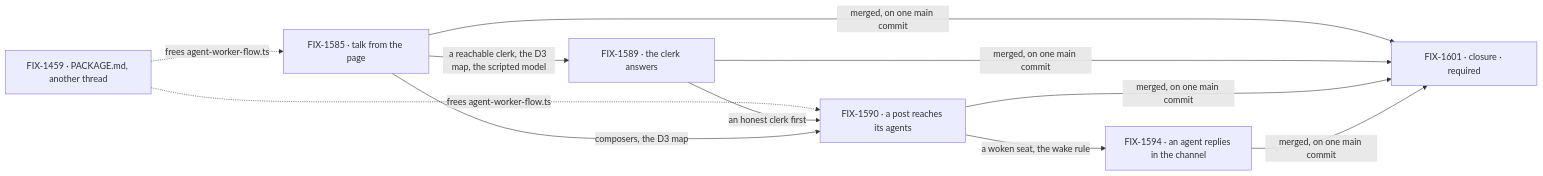
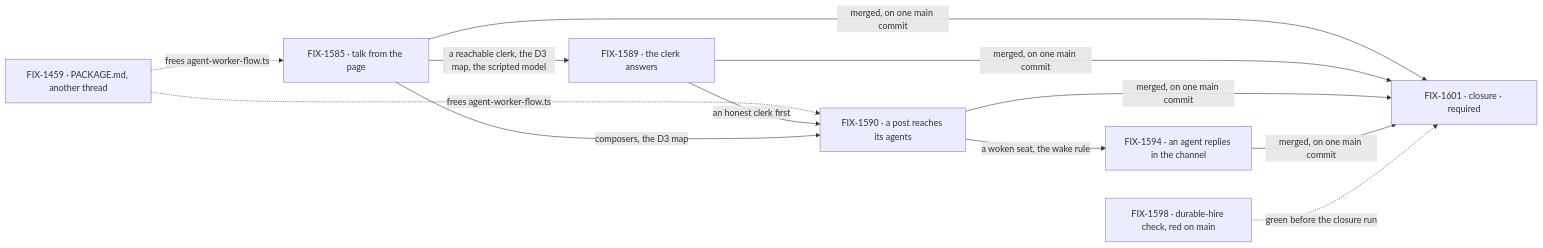
The second of 2 diagrams in specs/epics/FIX-1592/SPEC.md (fixpoint-labs/flow-state-dev), drawn with Mermaid before and after one commit. The commit also changed other lines of this file and 4 other files, not shown here.

````diff
--- a/specs/epics/FIX-1592/SPEC.md
+++ b/specs/epics/FIX-1592/SPEC.md
@@ -94,10 +95,11 @@
 ```mermaid
 flowchart LR
   I["FIX-1459 · PACKAGE.md, another thread"] -.->|"frees agent-worker-flow.ts"| A
   I -.->|"frees agent-worker-flow.ts"| B
   A["FIX-1585 · talk from the page"] -->|"a reachable clerk, the D3 map, the scripted model"| D["FIX-1589 · the clerk answers"]
   D -->|"an honest clerk first"| B["FIX-1590 · a post reaches its agents"]
   A -->|"composers, the D3 map"| B
   B -->|"a woken seat, the wake rule"| C["FIX-1594 · an agent replies in the channel"]
   A & D & B & C -->|"merged, on one main commit"| Z["FIX-1601 · closure · required"]
+  X["FIX-1598 · durable-hire check, red on main"] -.->|"green before the closure run"| Z
 ```
````
